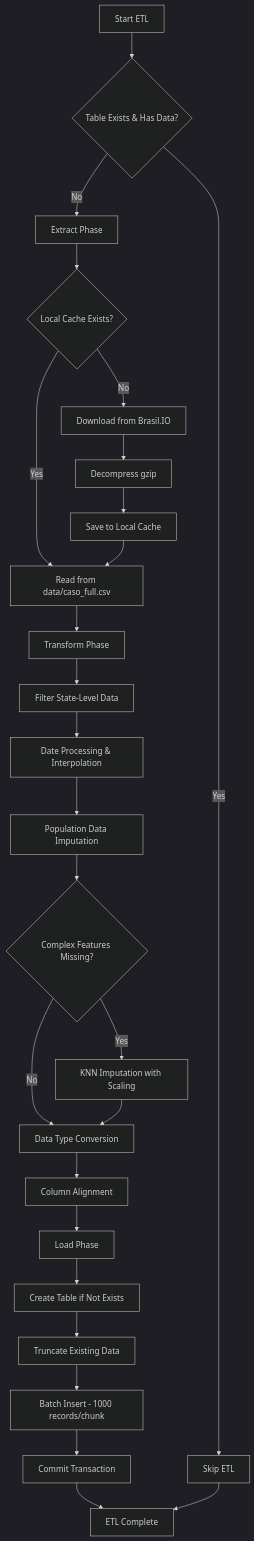
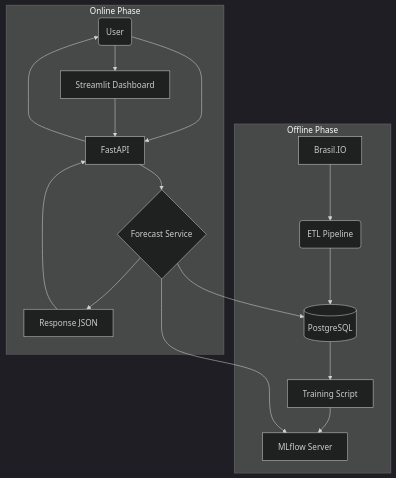
Before and after one commit to isrreal/COVID-19-Forecasting-System: the first of 2 diagrams in README.md, drawn with Mermaid (dark theme). The commit also changed other lines of this file, not shown here.

Commit message:
docs(readme): rewrite to reflect current architecture, endpoints, and dashboard

````diff
--- a/README.md
+++ b/README.md
@@ -102,32 +49,20 @@
 ```mermaid
 flowchart TD
-    A[Start ETL] --> B{Table Exists & Has Data?}
-    B -->|Yes| Z[Skip ETL]
-    B -->|No| C[Extract Phase]
-    
-    C --> D{Local Cache Exists?}
-    D -->|Yes| E[Read from data/caso_full.csv]
-    D -->|No| F[Download from Brasil.IO]
-    F --> G[Decompress gzip]
-    G --> H[Save to Local Cache]
-    H --> E
-    
-    E --> I[Transform Phase]
-    I --> J[Filter State-Level Data]
-    J --> K[Date Processing & Interpolation]
-    K --> L[Population Data Imputation]
-    L --> M{Complex Features Missing?}
-    M -->|Yes| N[KNN Imputation with Scaling]
-    M -->|No| O[Data Type Conversion]
-    N --> O
-    O --> P[Column Alignment]
-    
-    P --> Q[Load Phase]
-    Q --> R[Create Table if Not Exists]
-    R --> S[Truncate Existing Data]
-    S --> T[Batch Insert - 1000 records/chunk]
-    T --> U[Commit Transaction]
-    U --> V[ETL Complete]
-    
-    Z --> V
+    subgraph "Offline Phase"
+        A[Brasil.IO] --> B(ETL Pipeline)
+        B --> C[(PostgreSQL)]
+        C --> D[Training Script]
+        D --> E[MLflow Server]
+    end
+
+    subgraph "Online Phase"
+        F(User) --> G[Streamlit Dashboard]
+        F --> H[FastAPI]
+        G --> H
+        H --> I{Forecast Service}
+        I --> E
+        I --> C
+        I --> J[Response JSON]
+        J --> H --> F
+    end
 ```
````
